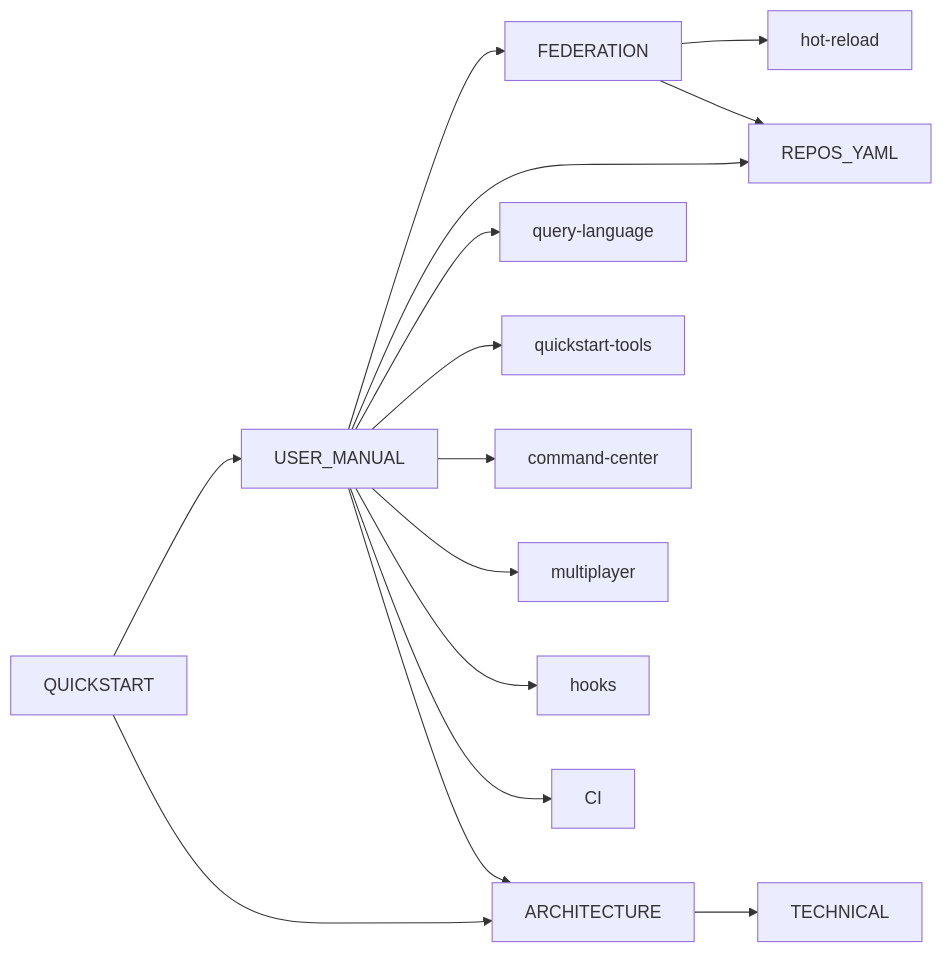
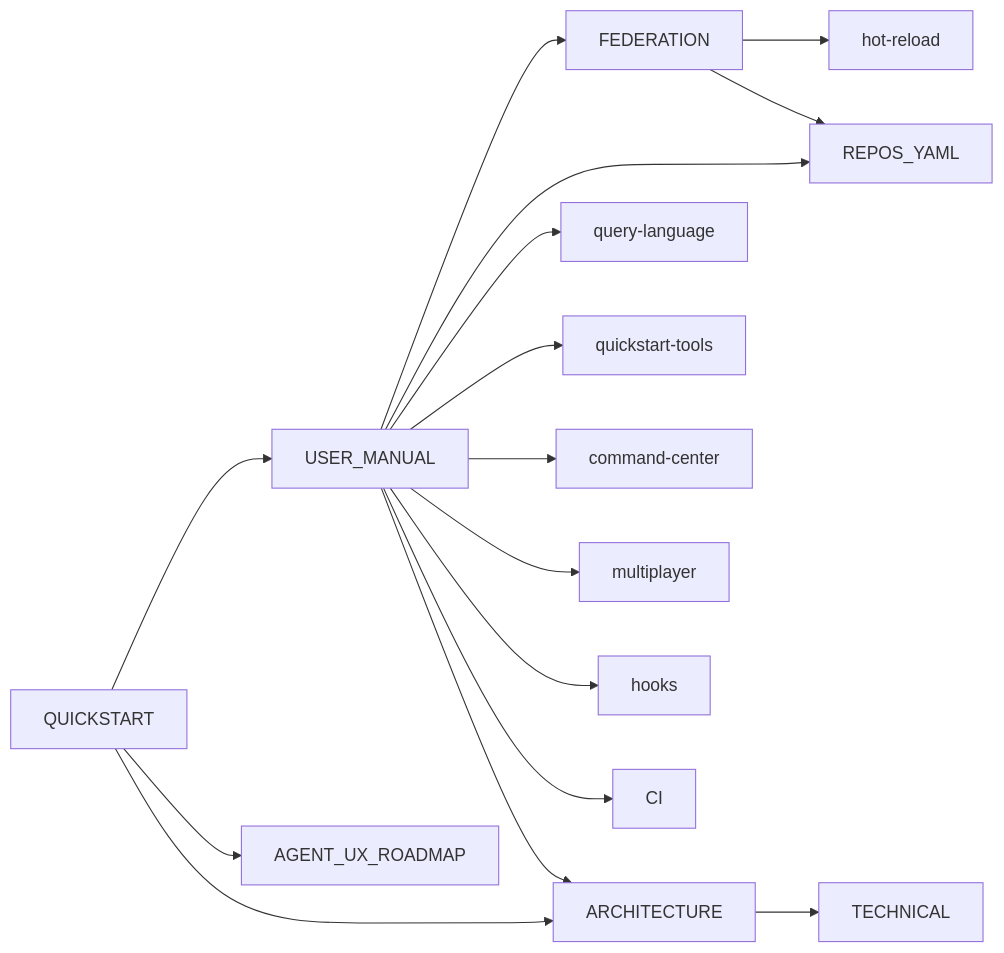
The diagram in docs/INDEX.md (spuentesp/lain), drawn with Mermaid before and after one commit. The commit also changed other lines of this file, not shown here.

Commit message:
docs: link agent UX roadmap from docs index

````diff
--- a/docs/INDEX.md
+++ b/docs/INDEX.md
@@ -21,17 +22,18 @@
 ```mermaid
 flowchart LR
     Q[QUICKSTART] --> U[USER_MANUAL]
     Q --> A[ARCHITECTURE]
+    Q --> UX[AGENT_UX_ROADMAP]
     U --> A
     A --> T[TECHNICAL]
     U --> F[FEDERATION]
     U --> R[REPOS_YAML]
     U --> QL[query-language]
     U --> QT[quickstart-tools]
     U --> CC[command-center]
     F --> HR[hot-reload]
     F --> R
     U --> MP[multiplayer]
     U --> HK[hooks]
     U --> CI[CI]
 ```
````
